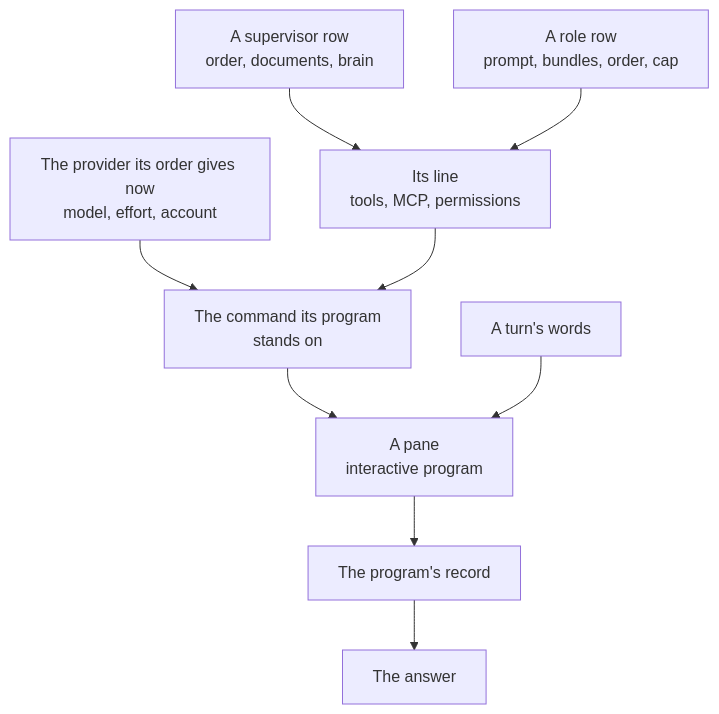
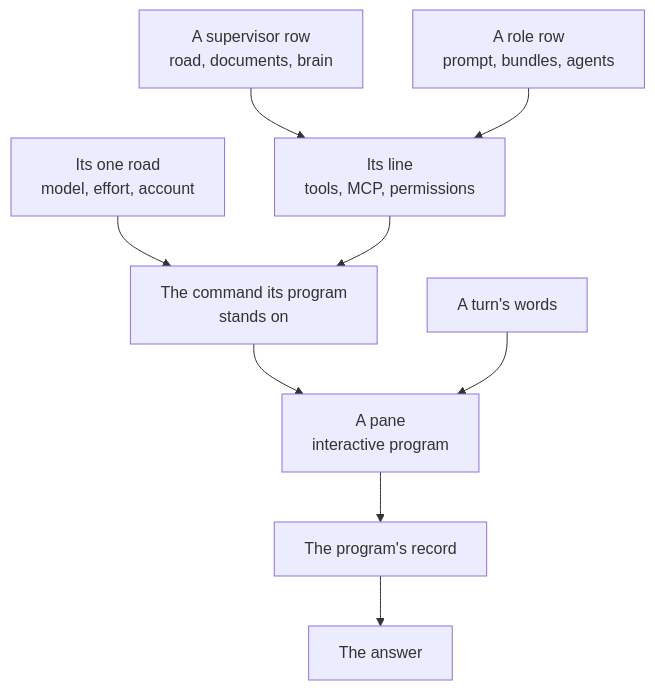
The first of 2 diagrams in docs/agents.md (ahas/bmo-agency), drawn with Mermaid before and after one commit. The commit also changed other lines of this file and 65 other files, not shown here.

````diff
--- a/docs/agents.md
+++ b/docs/agents.md
@@ -50,11 +50,11 @@
 ```mermaid
 flowchart TD
-  S[A supervisor row<br/>order, documents, brain] --> L[Its line<br/>tools, MCP, permissions]
-  R[A role row<br/>prompt, bundles, order, cap] --> L
-  O[The provider its order gives now<br/>model, effort, account] --> C[The command its program<br/>stands on]
+  S[A supervisor row<br/>road, documents, brain] --> L[Its line<br/>tools, MCP, permissions]
+  R[A role row<br/>prompt, bundles, agents] --> L
+  O[Its one road<br/>model, effort, account] --> C[The command its program<br/>stands on]
   L --> C
   C --> Pane[A pane<br/>interactive program]
   T[A turn's words] --> Pane
   Pane --> Rec[The program's record]
   Rec --> A[The answer]
 ```
````
